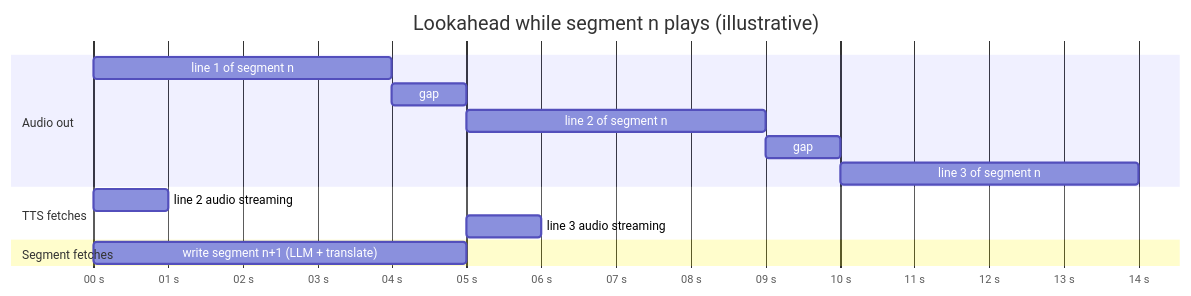
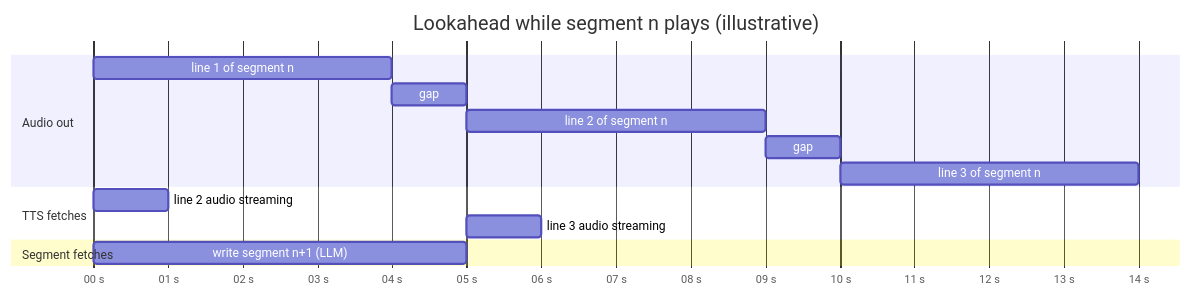
The fifth of 19 diagrams in docs/ARCHITECTURE.md (harshbhx/tarang-fm), drawn with Mermaid before and after one commit. The commit also changed other lines of this file and 5 other files, not shown here.

````diff
--- a/docs/ARCHITECTURE.md
+++ b/docs/ARCHITECTURE.md
@@ -192,17 +199,17 @@
 ```mermaid
 gantt
   title Lookahead while segment n plays (illustrative)
   dateFormat  ss
   axisFormat  %S s
   section Audio out
   line 1 of segment n        :a1, 00, 4s
   gap                        :a2, after a1, 1s
   line 2 of segment n        :a3, after a2, 4s
   gap                        :a4, after a3, 1s
   line 3 of segment n        :a5, after a4, 4s
   section TTS fetches
   line 2 audio streaming     :t2, 00, 1s
   line 3 audio streaming     :t3, 05, 1s
   section Segment fetches
-  write segment n+1 (LLM + translate) :s1, 00, 5s
+  write segment n+1 (LLM) :s1, 00, 5s
 ```
````
